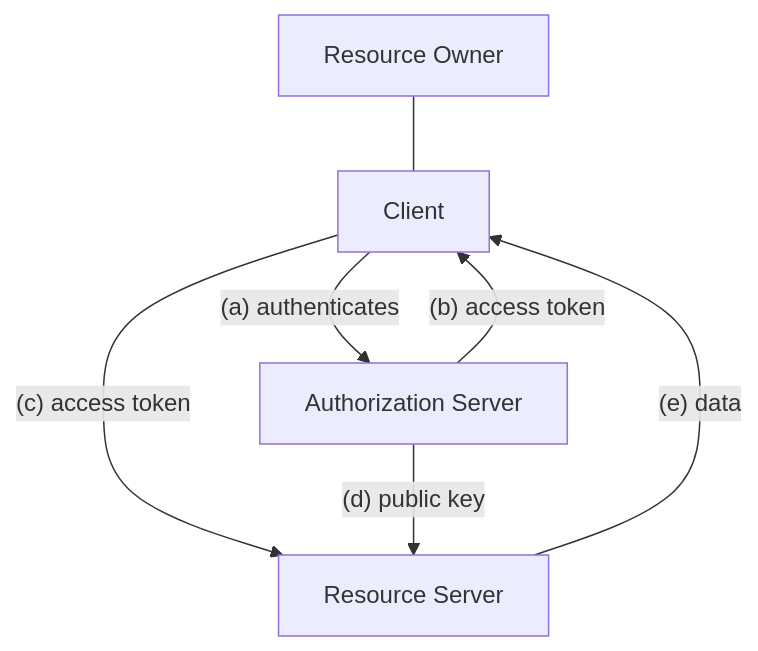
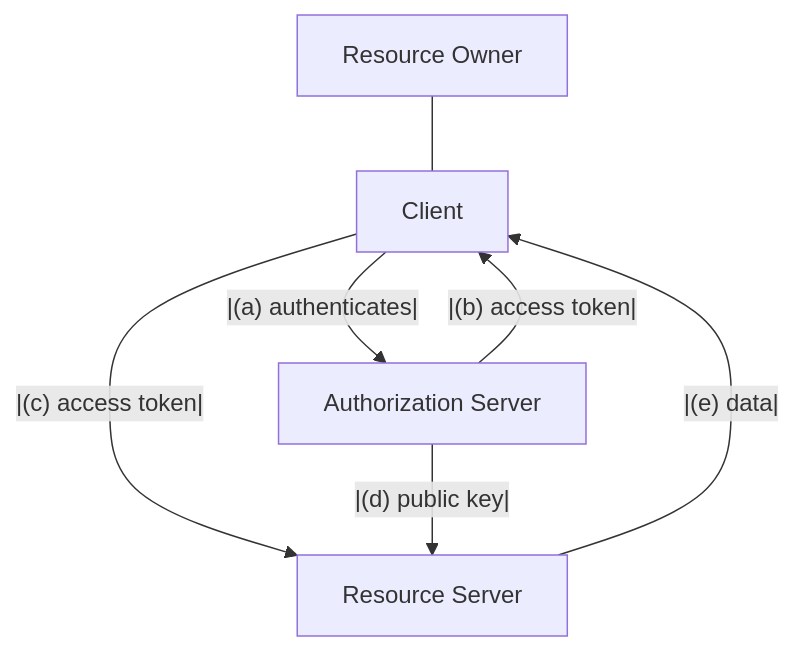
One commit to Shaurya-GitH/notes changed the diagram in content/OAuth 2.0.md. Above: the diagram before and after it, drawn with Mermaid.

Commit message:
Quartz sync: Jan 22, 2026, 9:09 PM

````diff
--- a/content/OAuth 2.0.md
+++ b/content/OAuth 2.0.md
@@ -20,15 +20,16 @@
 ```mermaid
 graph TD
     RO[Resource Owner] --- Client
-    
+
     %% Step 1: Authentication
-    Client -- "(a) authenticates" --> AS[Authorization Server]
-    AS -- "(b) access token" --> Client
-    
+    Client --|(a) authenticates|--> AS[Authorization Server]
+    AS --|(b) access token|--> Client
+
     %% Step 2: Access
-    Client -- "(c) access token" --> RS[Resource Server]
-    RS -- "(e) data" --> Client
-    
+    Client --|(c) access token|--> RS[Resource Server]
+    RS --|(e) data|--> Client
+
     %% Key Distribution
-    AS -- "(d) public key" --> RS
+    AS --|(d) public key|--> RS
+
 ```
````
